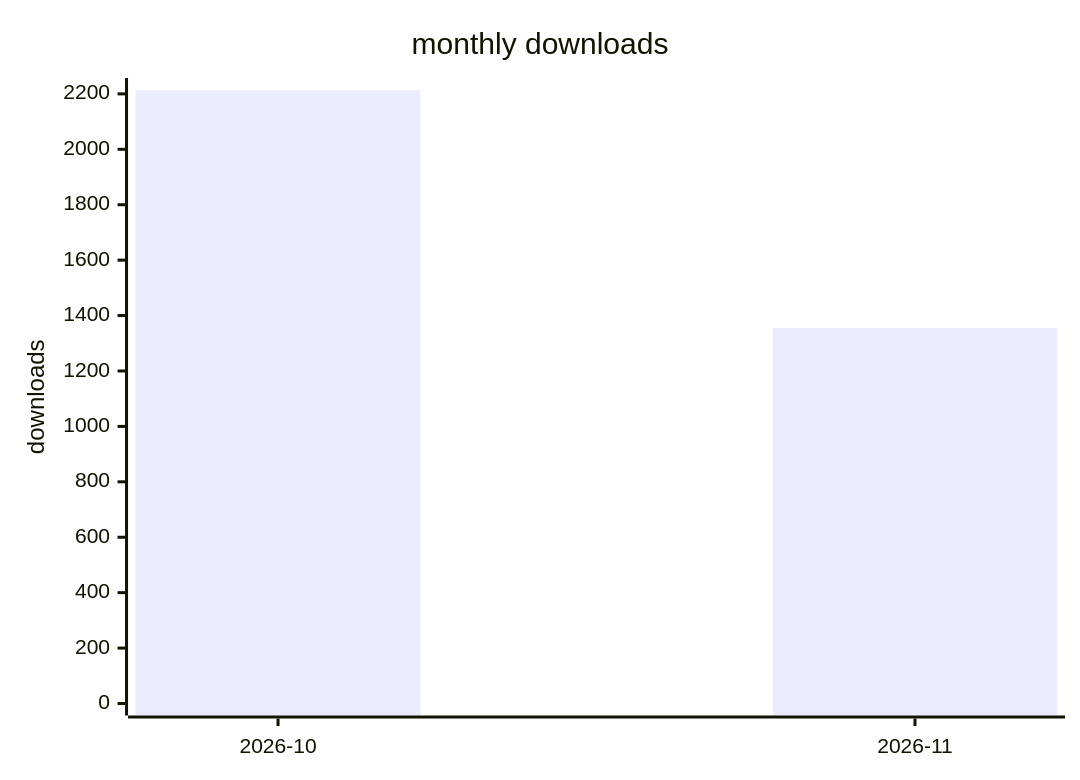
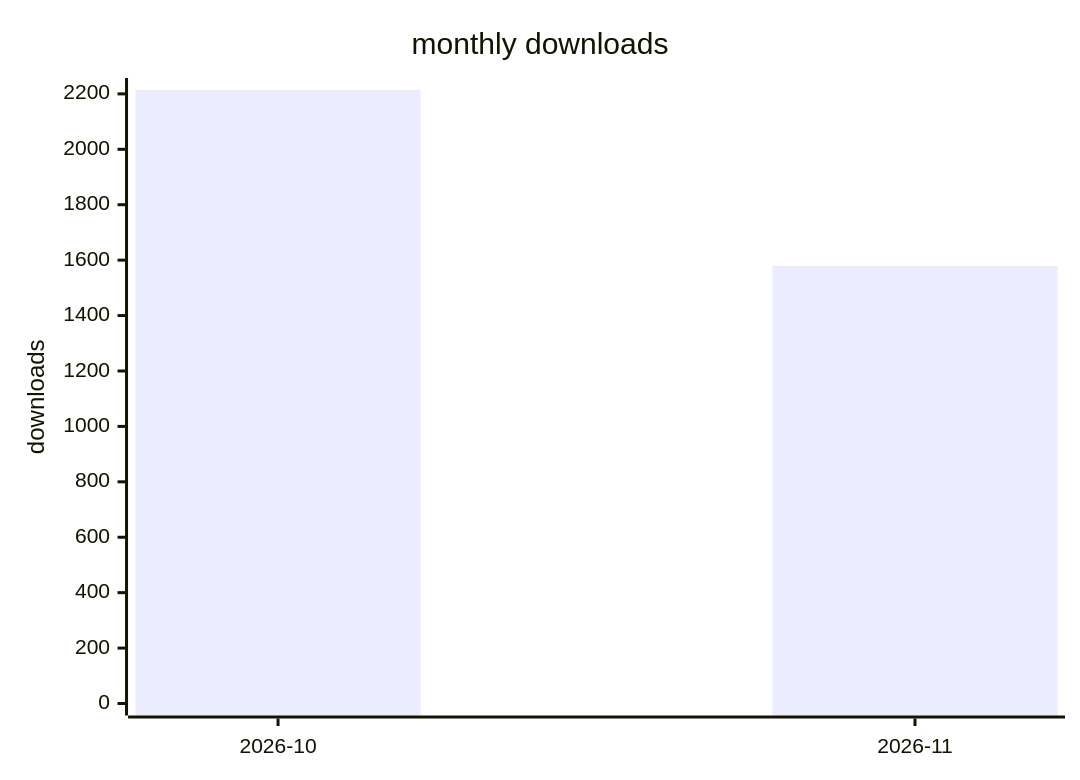
One commit to terry2010/dsh-rss-news-daily changed the second of 2 diagrams in docs/downloads-2026.md. Above: the diagram before and after it, drawn with Mermaid. The commit also changed other lines of this file and 1 other file, not shown here.

````diff
--- a/docs/downloads-2026.md
+++ b/docs/downloads-2026.md
@@ -29,7 +29,7 @@
 ```mermaid
 xychart-beta
     title "monthly downloads"
     x-axis ["2026-10", "2026-11"]
     y-axis "downloads" 0 --> 2214
-    bar [2214, 1355]
+    bar [2214, 1579]
 ```
````
